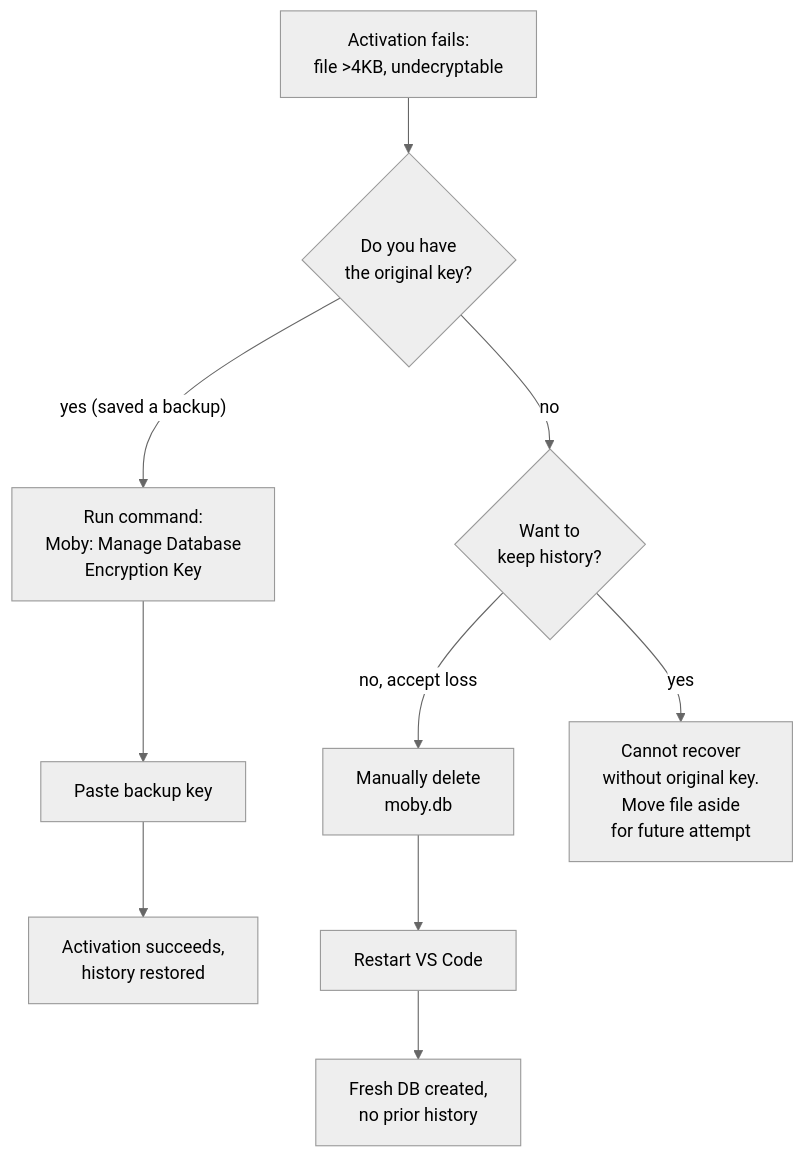
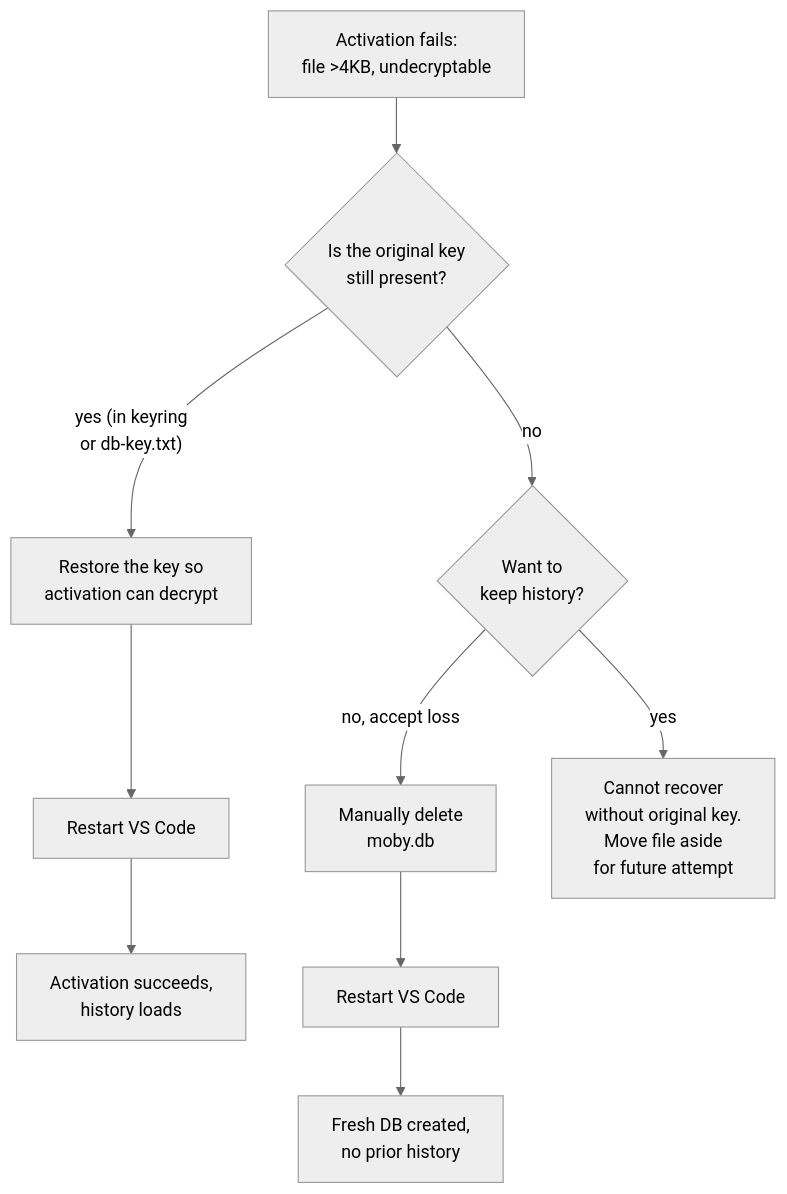
One commit to LoganBresnahan/DeepSeek-Moby changed the second of 2 diagrams in docs/guides/database-recovery.md. Above: the diagram before and after it, drawn with Mermaid (neutral theme). The commit also changed other lines of this file and 41 other files, not shown here.

First line of the commit message:
docs: refresh README + architecture/guide/plan docs to match current code

````diff
--- a/docs/guides/database-recovery.md
+++ b/docs/guides/database-recovery.md
@@ -55,12 +55,12 @@
 ```mermaid
 flowchart TD
-    A[Activation fails:<br/>file >4KB, undecryptable] --> B{Do you have<br/>the original key?}
-    B -- "yes (saved a backup)" --> C[Run command:<br/>Moby: Manage Database<br/>Encryption Key]
-    C --> D[Paste backup key]
-    D --> E[Activation succeeds,<br/>history restored]
+    A[Activation fails:<br/>file >4KB, undecryptable] --> B{Is the original key<br/>still present?}
+    B -- "yes (in keyring<br/>or db-key.txt)" --> C[Restore the key so<br/>activation can decrypt]
+    C --> D[Restart VS Code]
+    D --> E[Activation succeeds,<br/>history loads]
     B -- no --> F{Want to<br/>keep history?}
     F -- "no, accept loss" --> G[Manually delete<br/>moby.db]
     G --> H[Restart VS Code]
     H --> I[Fresh DB created,<br/>no prior history]
     F -- yes --> J[Cannot recover<br/>without original key.<br/>Move file aside<br/>for future attempt]
 ```
````
